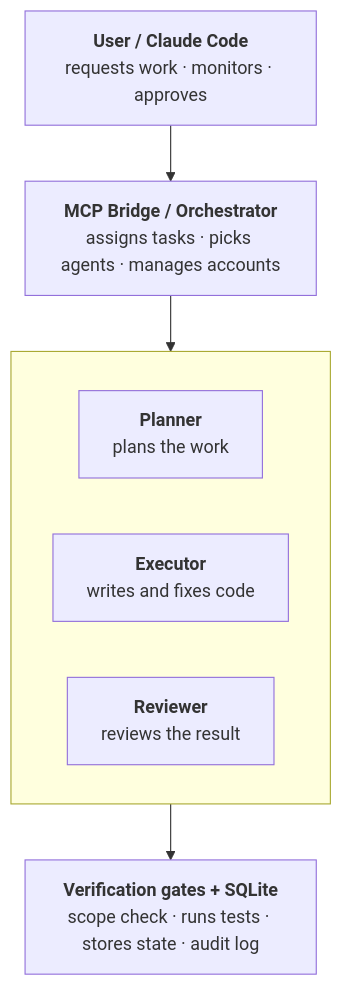
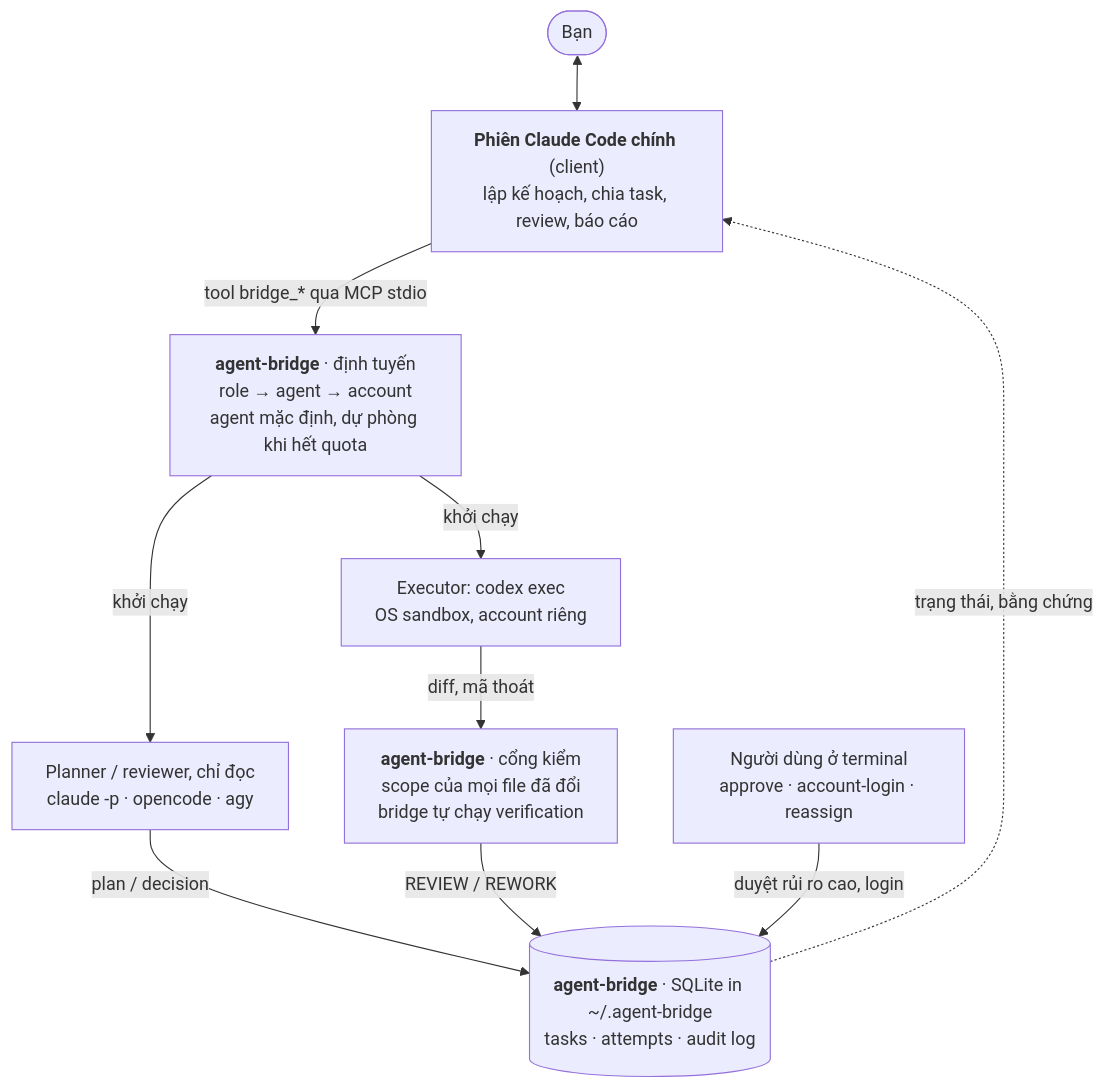
One commit to leetuanbmt/agent-orchestration-kit changed the first of 2 diagrams in README.vi.md. Above: the diagram before and after it, drawn with Mermaid. The commit also changed 1 other file, not shown here.

Commit message:
restore the detailed architecture diagram
The simplified flowchart hid who starts which agent, the human approval path and where state lives. The storage label now points at ~/.agent-bridge instead of the legacy git-dir location.

````diff
--- a/README.vi.md
+++ b/README.vi.md
@@ -79,14 +79,21 @@
 ```mermaid
 flowchart TB
-    user["<b>User / Claude Code</b><br/>requests work · monitors · approves"]
-    bridge["<b>MCP Bridge / Orchestrator</b><br/>assigns tasks · picks agents · manages accounts"]
-    subgraph roles [" "]
-        direction LR
-        planner["<b>Planner</b><br/>plans the work"]
-        executor["<b>Executor</b><br/>writes and fixes code"]
-        reviewer["<b>Reviewer</b><br/>reviews the result"]
-    end
-    gates["<b>Verification gates + SQLite</b><br/>scope check · runs tests · stores state · audit log"]
+    user(["Bạn"])
+    claude["<b>Phiên Claude Code chính</b> (client)<br/>lập kế hoạch, chia task, review, báo cáo"]
+    router["<b>agent-bridge</b> · định tuyến<br/>role → agent → account<br/>agent mặc định, dự phòng khi hết quota"]
+    codex["Executor: codex exec<br/>OS sandbox, account riêng"]
+    helper["Planner / reviewer, chỉ đọc<br/>claude -p · opencode · agy"]
+    gates["<b>agent-bridge</b> · cổng kiểm<br/>scope của mọi file đã đổi<br/>bridge tự chạy verification"]
+    db[("<b>agent-bridge</b> · SQLite in ~/.agent-bridge<br/>tasks · attempts · audit log")]
+    human["Người dùng ở terminal<br/>approve · account-login · reassign"]
 
-    user --> bridge --> roles --> gates
+    user <--> claude
+    claude -- "tool bridge_* qua MCP stdio" --> router
+    router -- "khởi chạy" --> codex
+    router -- "khởi chạy" --> helper
+    codex -- "diff, mã thoát" --> gates
+    helper -- "plan / decision" --> db
+    gates -- "REVIEW / REWORK" --> db
+    human -- "duyệt rủi ro cao, login" --> db
+    db -. "trạng thái, bằng chứng" .-> claude
 ```
````
